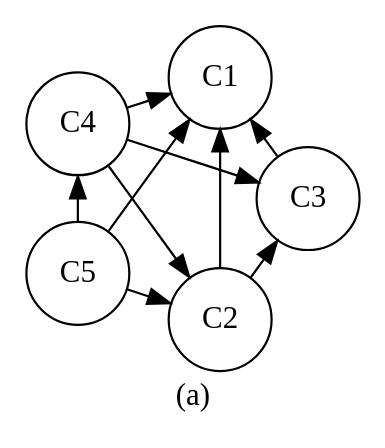
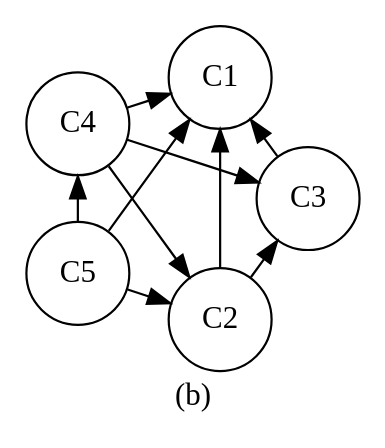
The diagram in paper/graphs/c_art.dot (wangpeipei90/RegexSmells), drawn with Graphviz before and after one commit. The commit also changed 7 other files, not shown here.

```diff
--- a/paper/graphs/c_art.dot
+++ b/paper/graphs/c_art.dot
@@ -1,21 +1,21 @@
 digraph finite_state_machine {
 
 layout="circo";
 graph [nodesep=“4”]
 node [shape = circle];
 overlap=false;
 
 C2 -> C1 [label=""]
 C2 -> C3 [label=""]
 C4 -> C3 [label=""]
 C5 -> C4 [label=""]
 C5 -> C1 [label=""]
 C5 -> C2 [label=""]
 
 C4 -> C2 [label=""]
 C4 -> C1 [label=""]
 C3 -> C1 [label=""]
 
 
-graph [label="(a)", labelloc=b]
+graph [label="(b)", labelloc=b]
 }
```
